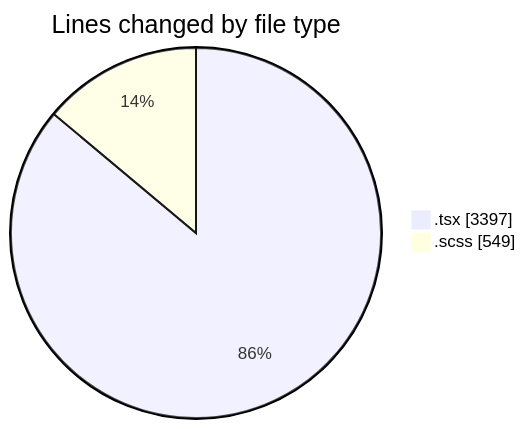
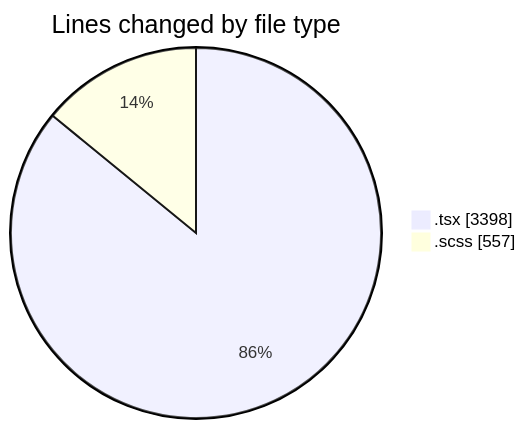
One commit to momahboobian/code-tracking changed the first of 2 diagrams in 2025-09-30/cda/README.md. Above: the diagram before and after it, drawn with Mermaid. The commit also changed other lines of this file and 1 other file, not shown here.

````diff
--- a/2025-09-30/cda/README.md
+++ b/2025-09-30/cda/README.md
@@ -25,6 +25,6 @@
 ```mermaid
 pie showData
 title Lines changed by file type
-".tsx" : 3397
-".scss" : 549
+".tsx" : 3398
+".scss" : 557
 ```
````
